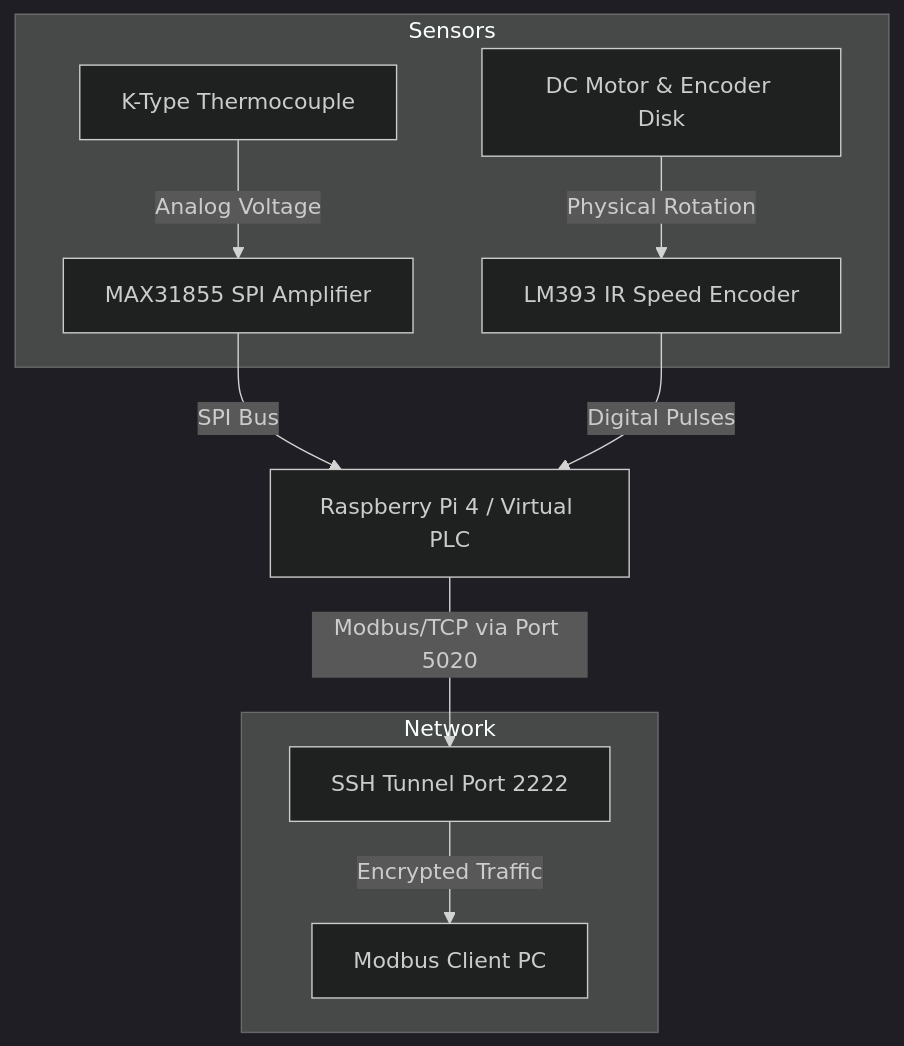
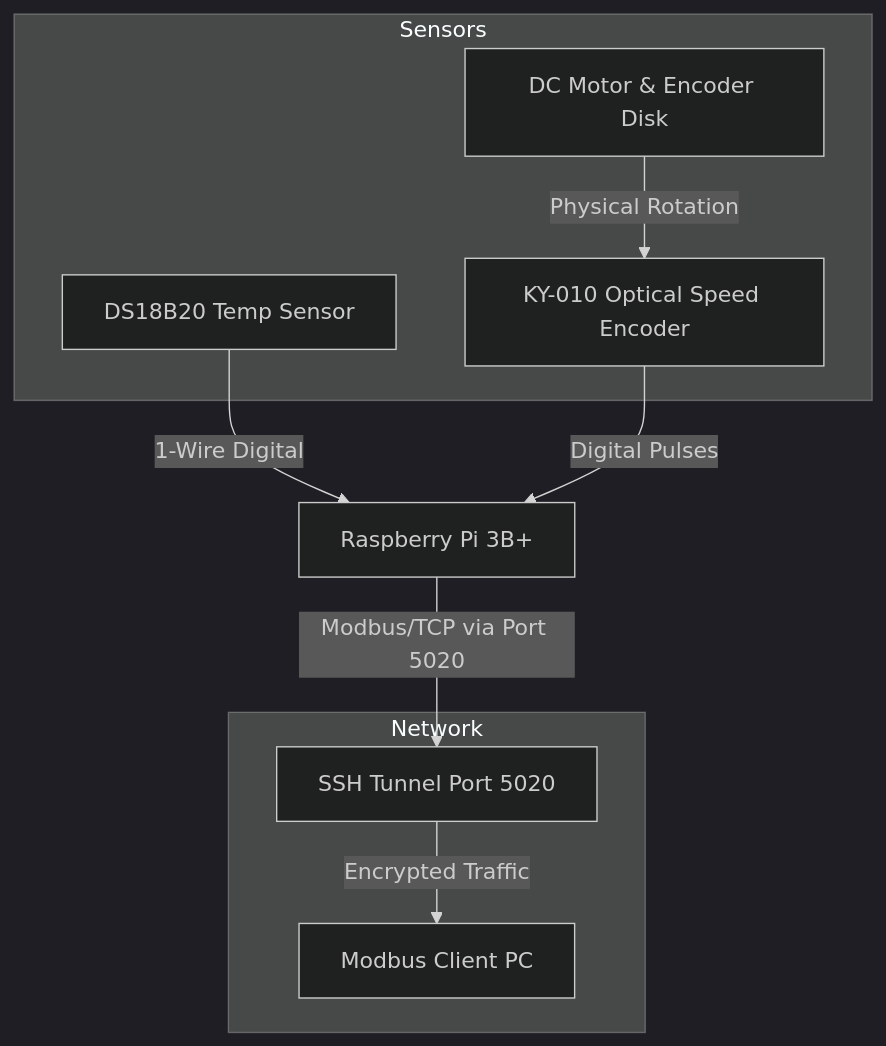
Before and after one commit to pavaivendhan/ESD-Modbus-SSH-Tunnel: the diagram in SSH Modbus Hardware Execution/HARDWARE_UPGRADE_GUIDE.md, drawn with Mermaid (dark theme). The commit also changed other lines of this file, not shown here.

Commit message:
Update hardware guide to reflect exact DS18B20 and KY-010 sensor usage and VS Code remote SSH workflow

````diff
--- a/SSH Modbus Hardware Execution/HARDWARE_UPGRADE_GUIDE.md
+++ b/SSH Modbus Hardware Execution/HARDWARE_UPGRADE_GUIDE.md
@@ -41,24 +34,22 @@
 ```mermaid
 graph TD
-    PI[Raspberry Pi 4 / Virtual PLC]
+    PI[Raspberry Pi 3B+]
     
     subgraph Sensors
-        TC[K-Type Thermocouple]
-        MAX[MAX31855 SPI Amplifier]
-        IR[LM393 IR Speed Encoder]
+        Temp[DS18B20 Temp Sensor]
+        IR[KY-010 Optical Speed Encoder]
         Motor[DC Motor & Encoder Disk]
     end
     
     subgraph Network
-        SSH[SSH Tunnel Port 2222]
+        SSH[SSH Tunnel Port 5020]
         Client[Modbus Client PC]
     end
 
-    TC -- Analog Voltage --> MAX
-    MAX -- SPI Bus --> PI
+    Temp -- 1-Wire Digital --> PI
     Motor -- Physical Rotation --> IR
     IR -- Digital Pulses --> PI
     
     PI -- Modbus/TCP via Port 5020 --> SSH
     SSH -- Encrypted Traffic --> Client
 ```
````
